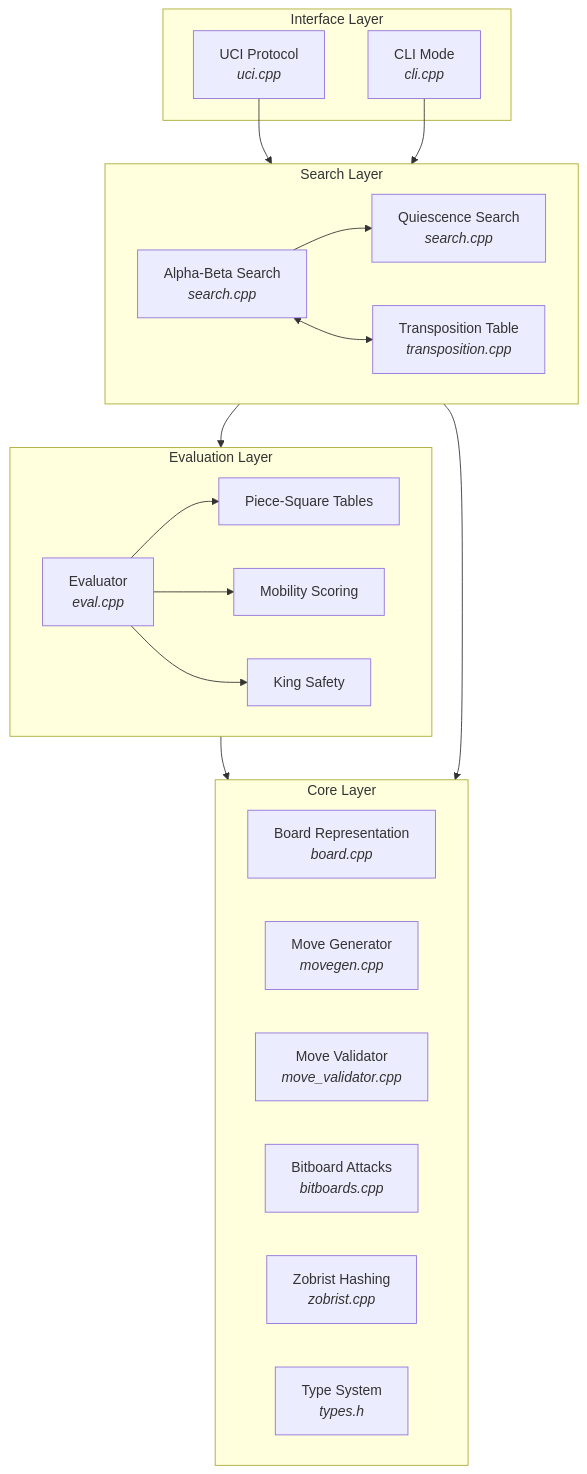
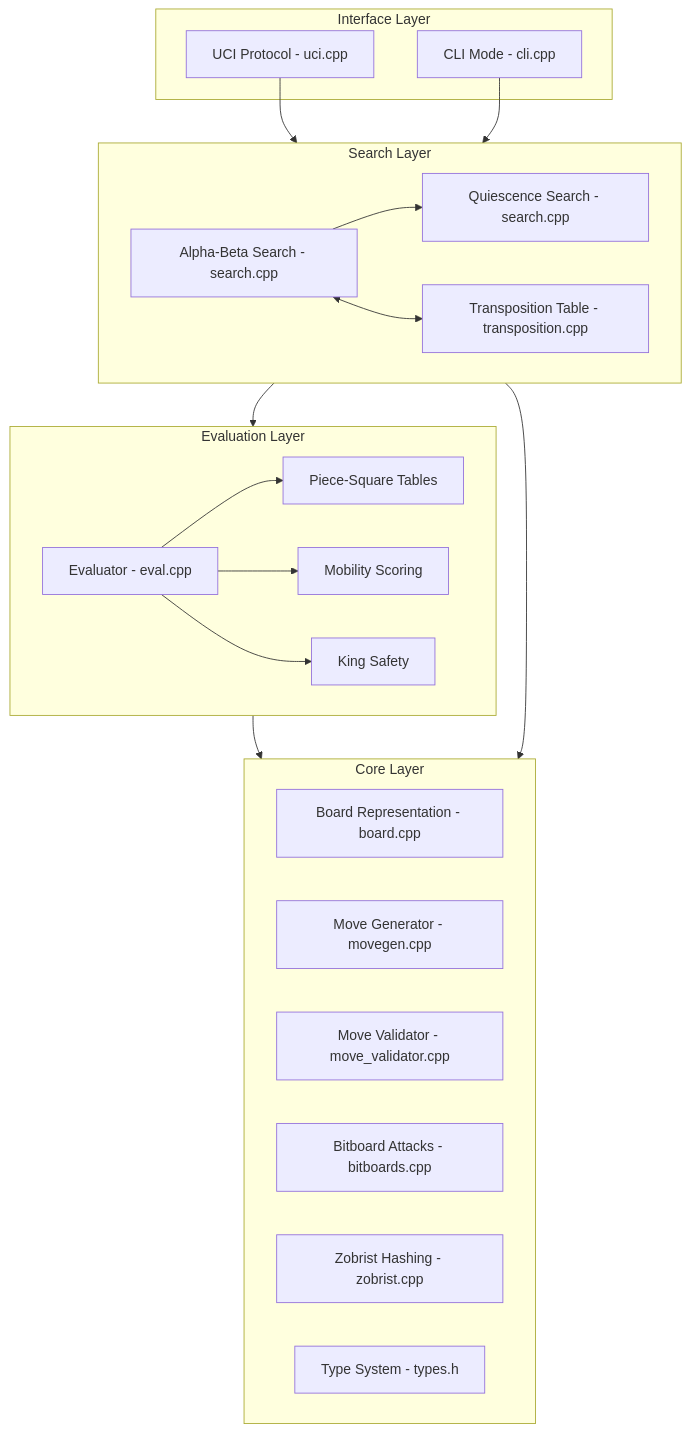
One commit to Dhruv-1608/Nyx changed the diagram in README.md. Above: the diagram before and after it, drawn with Mermaid. The commit also changed other lines of this file, not shown here.

Commit message:
docs: fix mermaid diagram syntax for github

````diff
--- a/README.md
+++ b/README.md
@@ -23,40 +23,40 @@
 ```mermaid
 graph TB
-    subgraph Interface["Interface Layer"]
-        UCI["UCI Protocol<br/><i>uci.cpp</i>"]
-        CLI["CLI Mode<br/><i>cli.cpp</i>"]
+    subgraph Interface[Interface Layer]
+        UCI[UCI Protocol - uci.cpp]
+        CLI[CLI Mode - cli.cpp]
     end
 
-    subgraph Search["Search Layer"]
-        AB["Alpha-Beta Search<br/><i>search.cpp</i>"]
-        QS["Quiescence Search<br/><i>search.cpp</i>"]
-        TT["Transposition Table<br/><i>transposition.cpp</i>"]
+    subgraph Search[Search Layer]
+        AB[Alpha-Beta Search - search.cpp]
+        QS[Quiescence Search - search.cpp]
+        TT[Transposition Table - transposition.cpp]
         AB --> QS
         AB <--> TT
     end
 
-    subgraph Evaluation["Evaluation Layer"]
-        EVAL["Evaluator<br/><i>eval.cpp</i>"]
-        PST["Piece-Square Tables"]
-        MOB["Mobility Scoring"]
-        KING["King Safety"]
+    subgraph Evaluation[Evaluation Layer]
+        EVAL[Evaluator - eval.cpp]
+        PST[Piece-Square Tables]
+        MOB[Mobility Scoring]
+        KING[King Safety]
         EVAL --> PST
         EVAL --> MOB
         EVAL --> KING
     end
 
-    subgraph Core["Core Layer"]
-        BOARD["Board Representation<br/><i>board.cpp</i>"]
-        MG["Move Generator<br/><i>movegen.cpp</i>"]
-        MV["Move Validator<br/><i>move_validator.cpp</i>"]
-        BB["Bitboard Attacks<br/><i>bitboards.cpp</i>"]
-        ZOB["Zobrist Hashing<br/><i>zobrist.cpp</i>"]
-        TYPES["Type System<br/><i>types.h</i>"]
+    subgraph Core[Core Layer]
+        BOARD[Board Representation - board.cpp]
+        MG[Move Generator - movegen.cpp]
+        MV[Move Validator - move_validator.cpp]
+        BB[Bitboard Attacks - bitboards.cpp]
+        ZOB[Zobrist Hashing - zobrist.cpp]
+        TYPES[Type System - types.h]
     end
 
     UCI --> Search
     CLI --> Search
     Search --> Evaluation
     Evaluation --> Core
     Search --> Core
 ```
````
